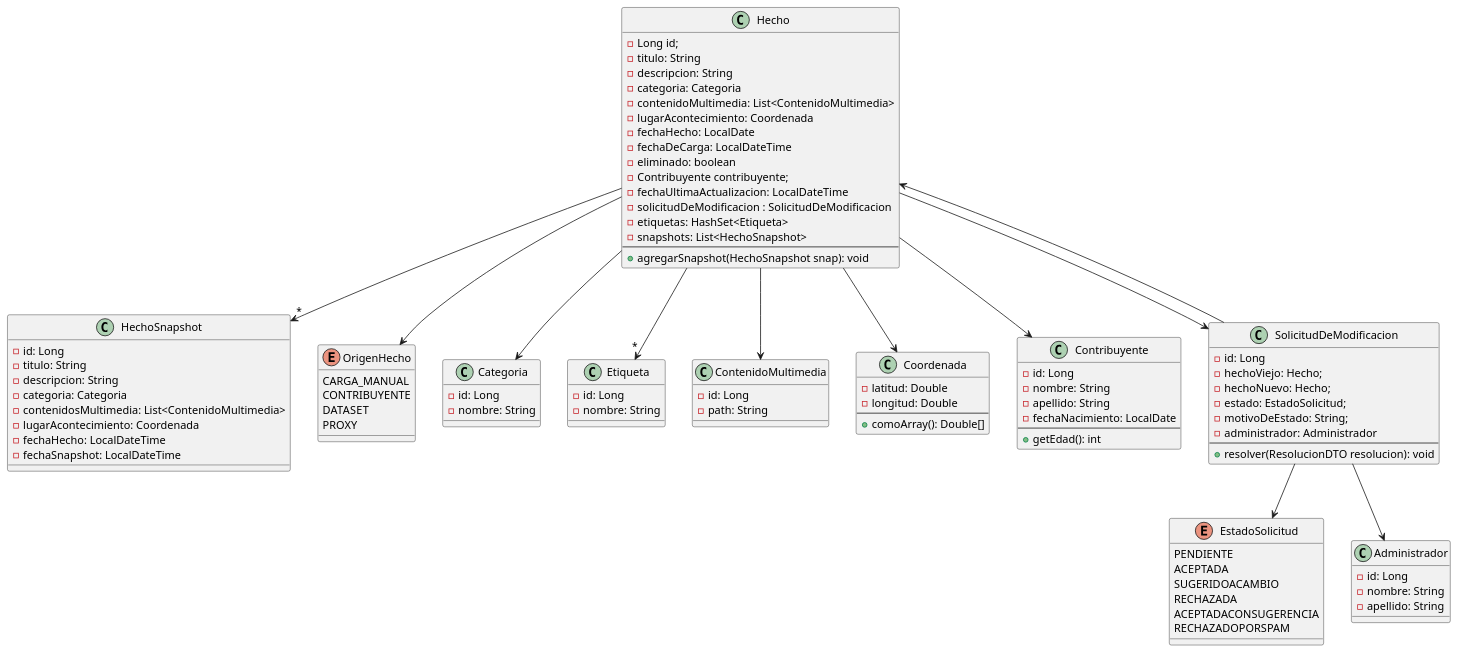
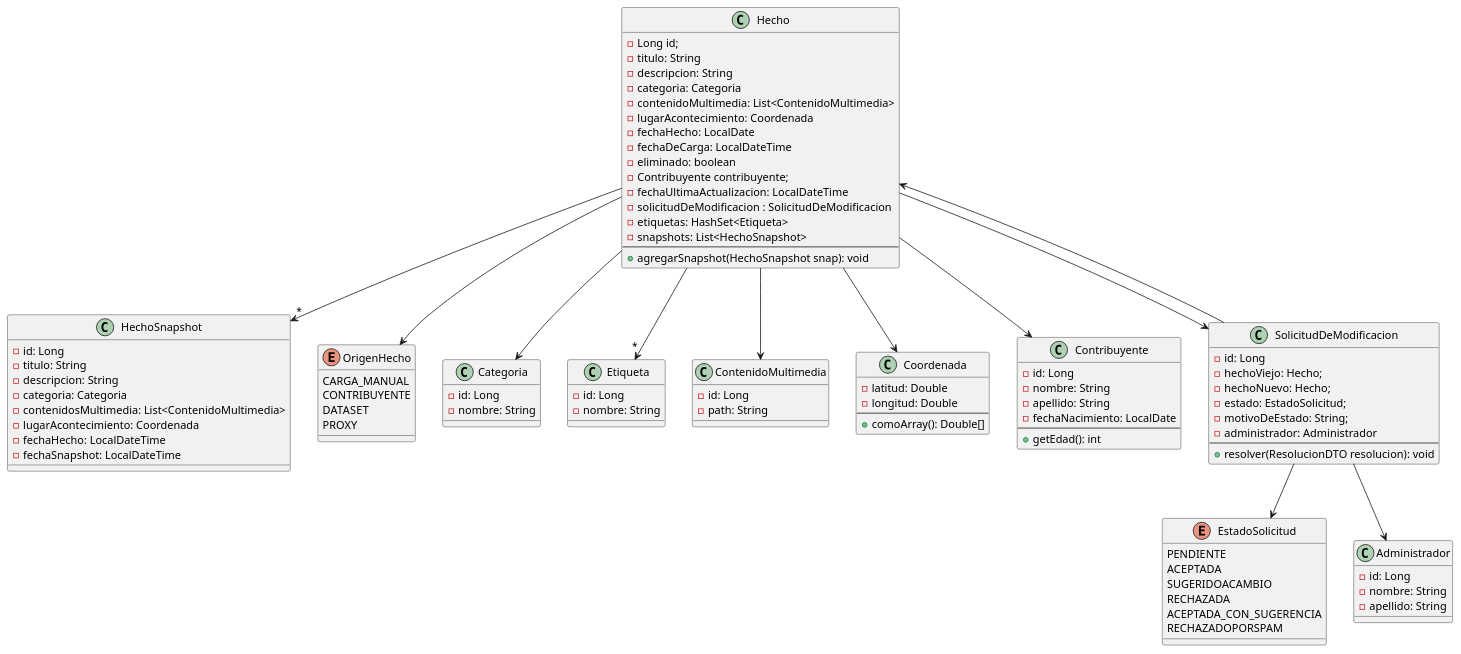
One commit to faustorod1/MetaMapa changed the diagram in fuente-dinamica/ddcFuenteDinamica.puml. Above: the diagram before and after it, drawn with PlantUML. The commit also changed 12 other files, not shown here.

```diff
--- a/fuente-dinamica/ddcFuenteDinamica.puml
+++ b/fuente-dinamica/ddcFuenteDinamica.puml
@@ -1,111 +1,111 @@
 @startuml
 
 class Hecho{
 - Long id;
 - titulo: String
 - descripcion: String
 - categoria: Categoria
 - contenidoMultimedia: List<ContenidoMultimedia>
 - lugarAcontecimiento: Coordenada
 - fechaHecho: LocalDate
 - fechaDeCarga: LocalDateTime
 - eliminado: boolean
 - Contribuyente contribuyente;
 - fechaUltimaActualizacion: LocalDateTime
 - solicitudDeModificacion : SolicitudDeModificacion
 - etiquetas: HashSet<Etiqueta>
 - snapshots: List<HechoSnapshot>
 --
 + agregarSnapshot(HechoSnapshot snap): void
 }
 
 class HechoSnapshot{
 - id: Long
 - titulo: String
 - descripcion: String
 - categoria: Categoria
 - contenidosMultimedia: List<ContenidoMultimedia>
 - lugarAcontecimiento: Coordenada
 - fechaHecho: LocalDateTime
 - fechaSnapshot: LocalDateTime
 }
 
 enum OrigenHecho{
 CARGA_MANUAL
 CONTRIBUYENTE
 DATASET
 PROXY
 }
 
 class Categoria{
 - id: Long
 - nombre: String
 }
 
 class Etiqueta{
 - id: Long
 - nombre: String
 }
 
 class ContenidoMultimedia{
 - id: Long
 - path: String
 }
 
 enum EstadoSolicitud {
     PENDIENTE
     ACEPTADA
     SUGERIDOACAMBIO
     RECHAZADA
-    ACEPTADACONSUGERENCIA
+    ACEPTADA_CON_SUGERENCIA
     RECHAZADOPORSPAM
 }
 
 
 class Coordenada{
 - latitud: Double
 - longitud: Double
 --
 + comoArray(): Double[]
 }
 
 class Administrador{
 - id: Long
 - nombre: String
 - apellido: String
 }
 
 class Contribuyente{
 - id: Long
 - nombre: String
 - apellido: String
 - fechaNacimiento: LocalDate
 --
 + getEdad(): int
 }
 
 class SolicitudDeModificacion {
 - id: Long
 - hechoViejo: Hecho;
 - hechoNuevo: Hecho;
 - estado: EstadoSolicitud;
 - motivoDeEstado: String;
 - administrador: Administrador
 --
 + resolver(ResolucionDTO resolucion): void
 }
 
 Hecho -->"*" HechoSnapshot
 Hecho --> Categoria
 Hecho --> ContenidoMultimedia
 Hecho --> OrigenHecho
 Hecho --> Coordenada
 Hecho --> Contribuyente
 Hecho --> SolicitudDeModificacion
 Hecho -->"*" Etiqueta
 
 SolicitudDeModificacion --> Hecho
 SolicitudDeModificacion --> EstadoSolicitud
 SolicitudDeModificacion --> Administrador
 
 @enduml
```
